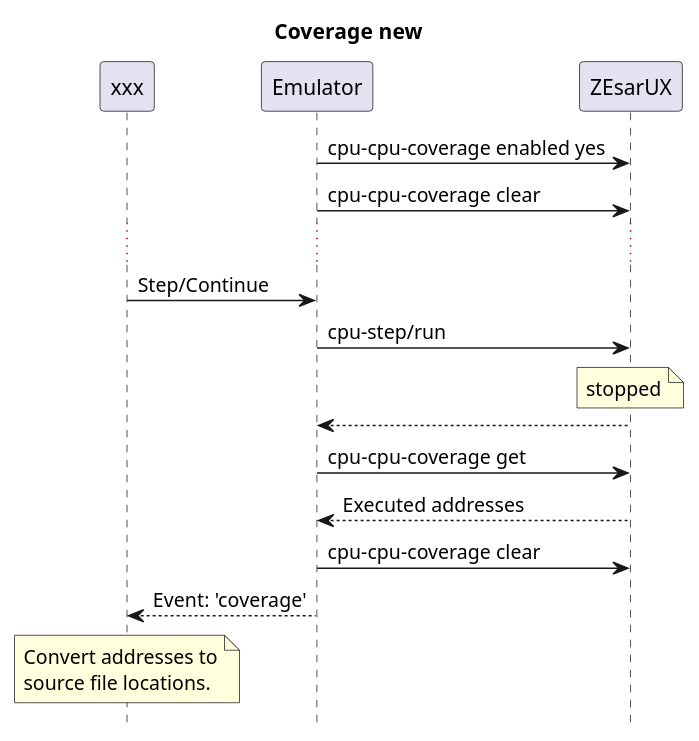
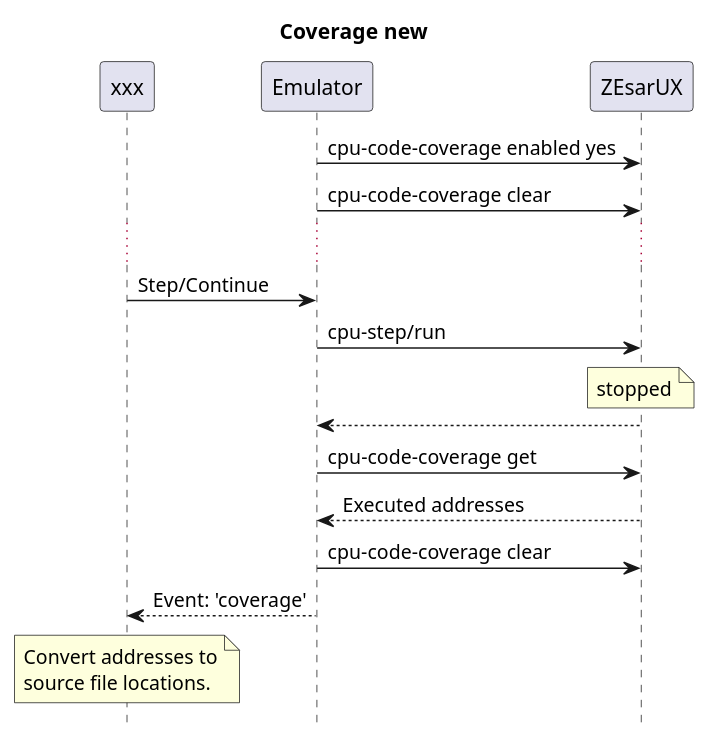
Before and after one commit to maziac/DeZog: the tenth of 10 diagrams in design/design.md, drawn with PlantUML. The commit also changed 6 other files, not shown here.

````diff
--- a/design/design.md
+++ b/design/design.md
@@ -475,17 +475,17 @@
 ```puml
 hide footbox
 title Coverage new
 participant xxx
-Emulator -> ZEsarUX: cpu-cpu-coverage enabled yes
-Emulator -> ZEsarUX: cpu-cpu-coverage clear
+Emulator -> ZEsarUX: cpu-code-coverage enabled yes
+Emulator -> ZEsarUX: cpu-code-coverage clear
 ...
 xxx -> Emulator: Step/Continue
 Emulator -> ZEsarUX: cpu-step/run
 note over ZEsarUX: stopped
 Emulator <-- ZEsarUX
-Emulator -> ZEsarUX: cpu-cpu-coverage get
+Emulator -> ZEsarUX: cpu-code-coverage get
 Emulator <-- ZEsarUX: Executed addresses
-Emulator -> ZEsarUX: cpu-cpu-coverage clear
+Emulator -> ZEsarUX: cpu-code-coverage clear
 xxx <-- Emulator: Event: 'coverage'
 note over xxx: Convert addresses to\nsource file locations.
 ```
````
